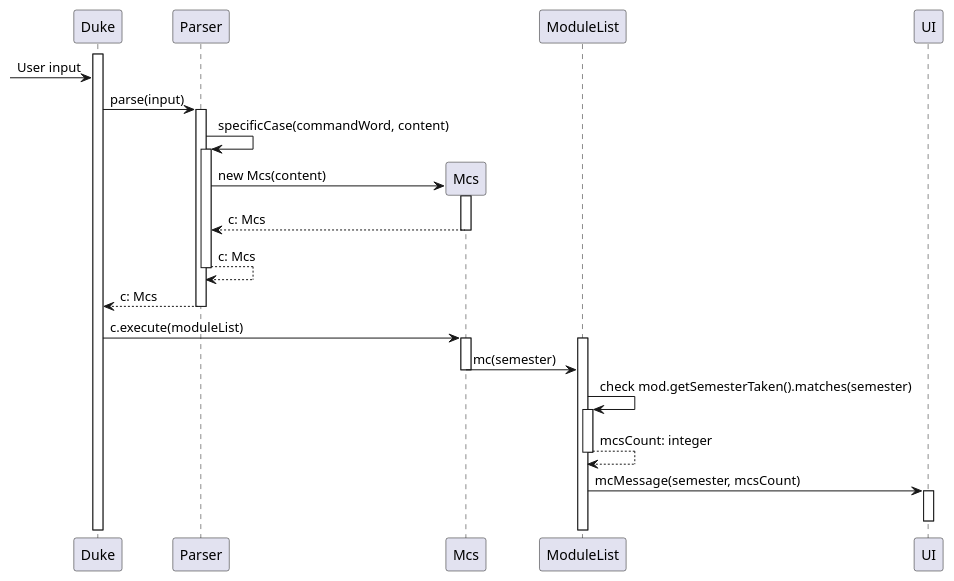
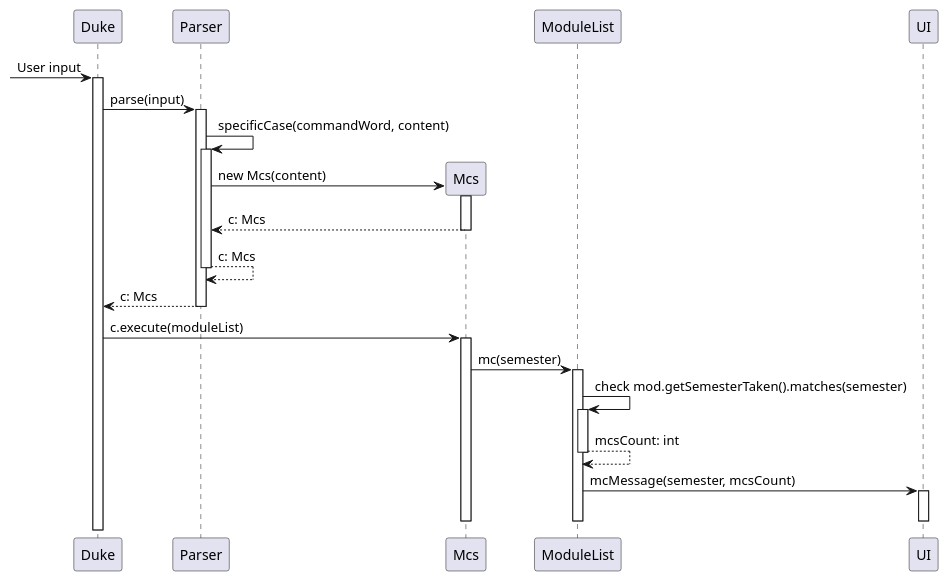
The diagram in docs/diagrams/McsUML.puml (nus-cs2113-AY2223S1/tp), drawn with PlantUML before and after one commit. The commit also changed 21 other files, not shown here.

Commit message:
Updates to all sequence diagrams of DG

```diff
--- a/docs/diagrams/McsUML.puml
+++ b/docs/diagrams/McsUML.puml
@@ -3,27 +3,28 @@
 @startuml
+[-> Duke: User input
 activate Duke
-[-> Duke: User input
 Duke -> Parser: parse(input)
 activate Parser
 Parser -> Parser: specificCase(commandWord, content)
 activate Parser
 create Mcs
 Parser -> Mcs: new Mcs(content)
 activate Mcs
 return c: Mcs
 return c: Mcs
 return c: Mcs
 deactivate Parser
 Duke -> Mcs: c.execute(moduleList)
 activate Mcs
+Mcs -> ModuleList: mc(semester)
 activate ModuleList
-Mcs -> ModuleList: mc(semester)
-deactivate Mcs
 ModuleList -> ModuleList: check mod.getSemesterTaken().matches(semester)
 activate ModuleList
-return mcsCount: integer
+return mcsCount: int
 ModuleList -> UI: mcMessage(semester, mcsCount)
 activate UI
 deactivate UI
+deactivate ModuleList
+deactivate Mcs
 
 @enduml
```
